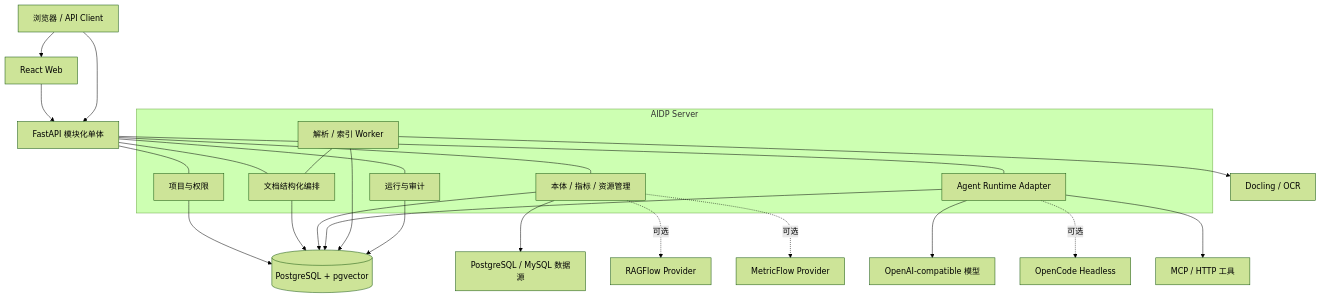
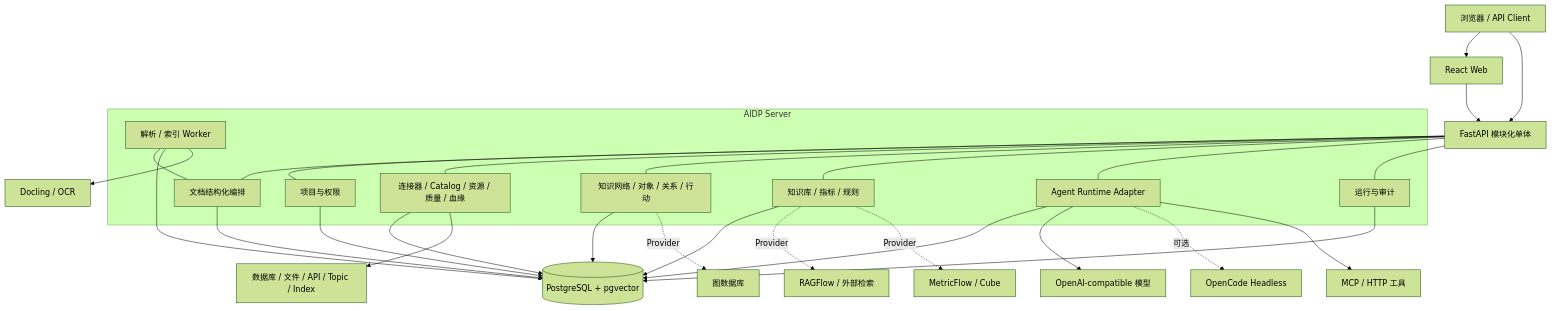
The third of 4 diagrams in docs/PRD.md (tianqi0514/aidp), drawn with Mermaid (forest theme) before and after one commit. The commit also changed other lines of this file and 3 other files, not shown here.

````diff
--- a/docs/PRD.md
+++ b/docs/PRD.md
@@ -564,37 +702,44 @@
 ```mermaid
 flowchart TB
     U["浏览器 / API Client"] --> W["React Web"]
     W --> S["FastAPI 模块化单体"]
     U --> S
 
     subgraph CORE["AIDP Server"]
         P["项目与权限"]
         X["文档结构化编排"]
-        R["本体 / 指标 / 资源管理"]
+        DC["连接器 / Catalog / 资源 / 质量 / 血缘"]
+        B["知识网络 / 对象 / 关系 / 行动"]
+        K["知识库 / 指标 / 规则"]
         A["Agent Runtime Adapter"]
         J["解析 / 索引 Worker"]
         O["运行与审计"]
     end
 
     S --- P
     S --- X
-    S --- R
+    S --- DC
+    S --- B
+    S --- K
     S --- A
     S --- O
     J --- X
 
     P --> DB[("PostgreSQL + pgvector")]
     X --> DB
-    R --> DB
+    DC --> DB
+    B --> DB
+    K --> DB
     A --> DB
     J --> DB
     O --> DB
 
-    J --> C["Docling / OCR"]
+    J --> PARSE["Docling / OCR"]
     A --> L["OpenAI-compatible 模型"]
     A -. "可选" .-> OC["OpenCode Headless"]
     A --> M["MCP / HTTP 工具"]
-    R --> D["PostgreSQL / MySQL 数据源"]
-    R -. "可选" .-> RF["RAGFlow Provider"]
-    R -. "可选" .-> MF["MetricFlow Provider"]
+    DC --> D["数据库 / 文件 / API / Topic / Index"]
+    K -. "Provider" .-> RF["RAGFlow / 外部检索"]
+    K -. "Provider" .-> MF["MetricFlow / Cube"]
+    B -. "Provider" .-> G["图数据库"]
 ```
````
